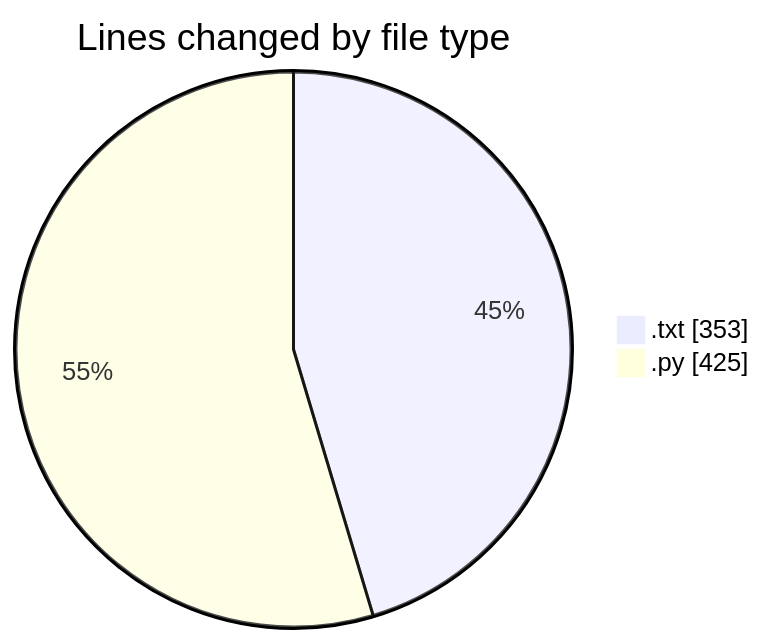
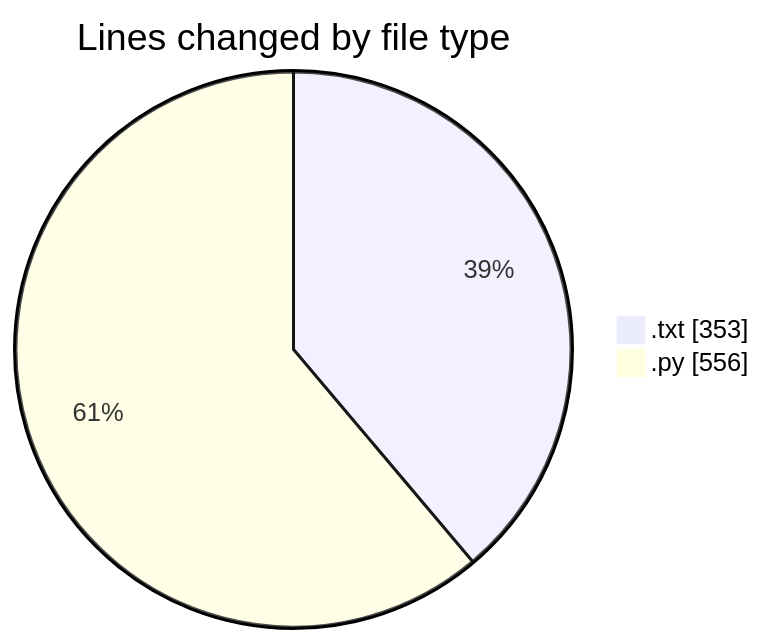
Before and after one commit to lephambinh05/code-tracking: the first of 2 diagrams in 2025-09-10/data/README.md, drawn with Mermaid. The commit also changed other lines of this file and 1 other file, not shown here.

````diff
--- a/2025-09-10/data/README.md
+++ b/2025-09-10/data/README.md
@@ -25,6 +27,6 @@
 ```mermaid
 pie showData
 title Lines changed by file type
 ".txt" : 353
-".py" : 425
+".py" : 556
 ```
````
